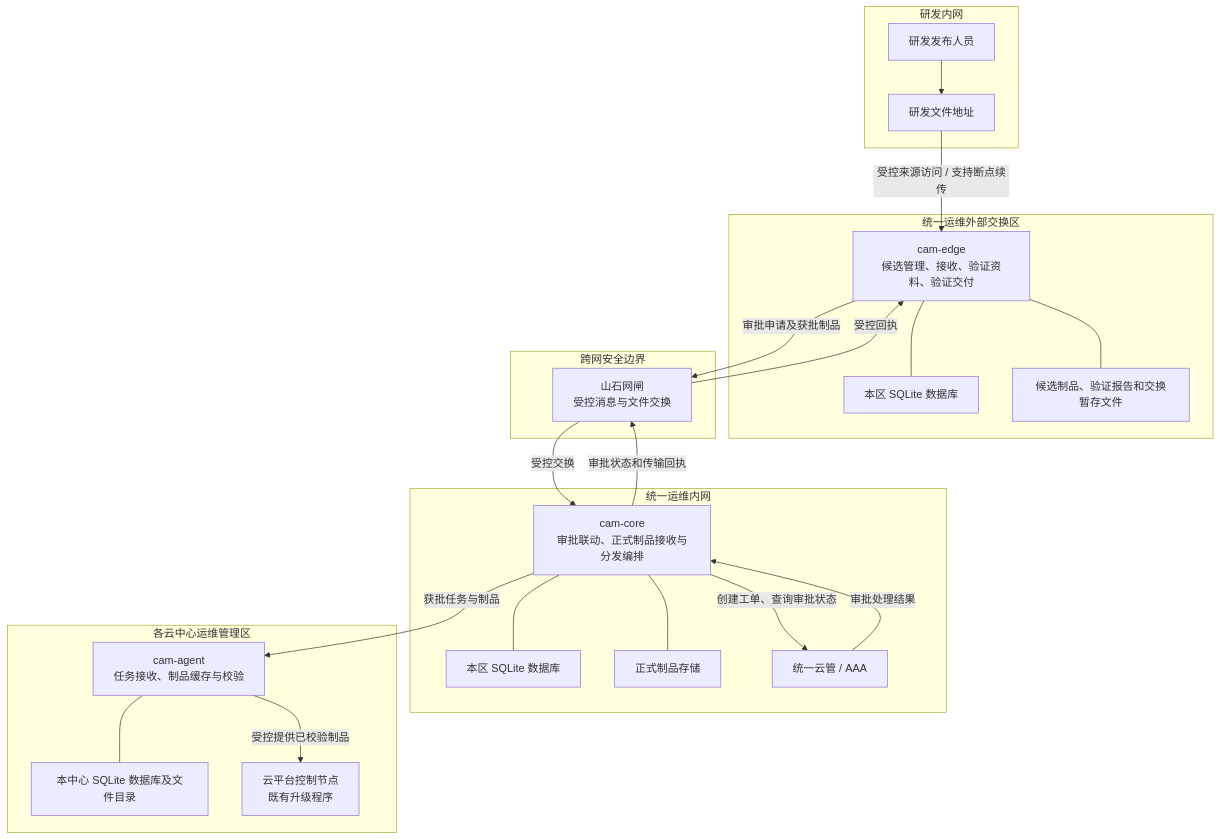
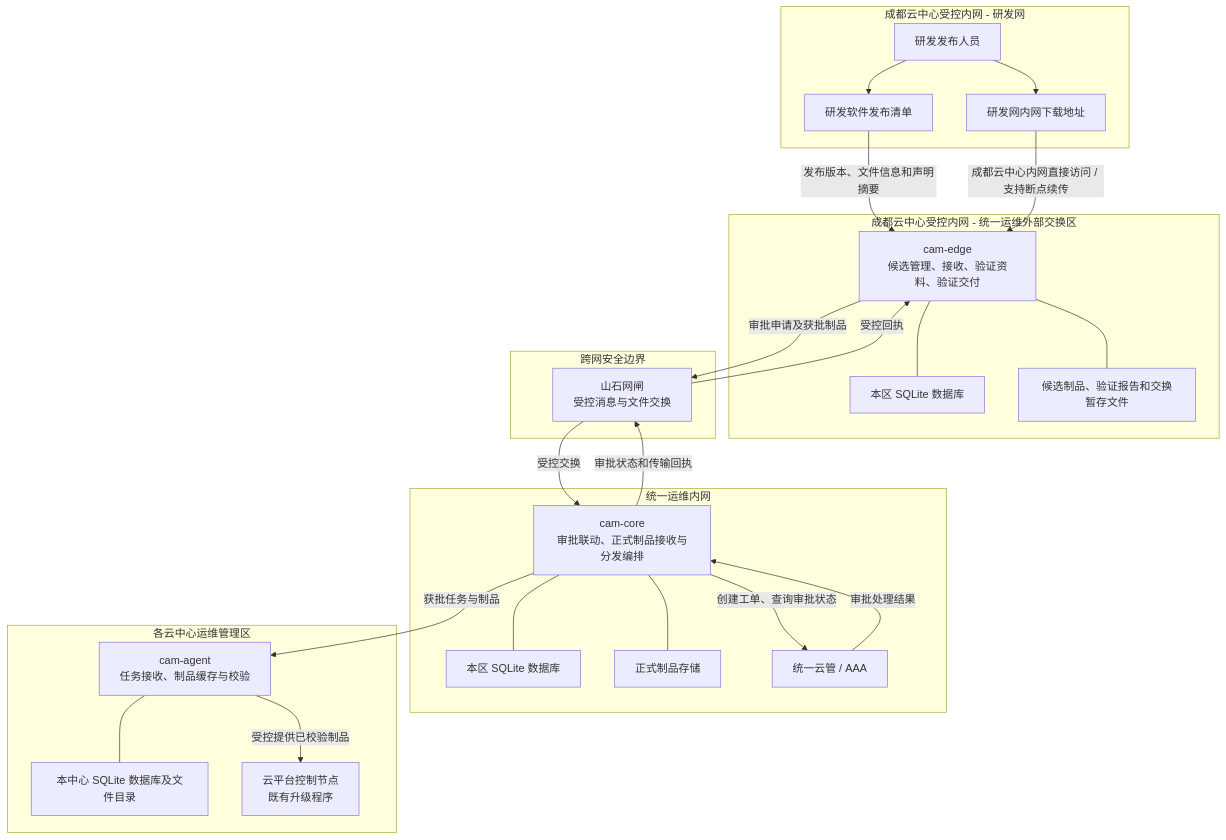
The first of 5 diagrams in docs/assessment-overview.md (dongsweet/cloud-artifact-management), drawn with Mermaid before and after one commit. The commit also changed other lines of this file and 1 other file, not shown here.

````diff
--- a/docs/assessment-overview.md
+++ b/docs/assessment-overview.md
@@ -20,46 +20,49 @@
 ```mermaid
 flowchart TB
-    subgraph DEV[研发内网]
-        SOURCE[研发文件地址]
+    subgraph DEV["成都云中心受控内网 - 研发网"]
+        MANIFEST[研发软件发布清单]
+        SOURCE[研发网内网下载地址]
         TEAM[研发发布人员]
+        TEAM --> MANIFEST
         TEAM --> SOURCE
     end
 
-    subgraph EXT[统一运维外部交换区]
+    subgraph EXT["成都云中心受控内网 - 统一运维外部交换区"]
         EDGE["cam-edge<br/>候选管理、接收、验证资料、验证交付"]
         DBE["本区 SQLite 数据库"]
         FILEE["候选制品、验证报告和交换暂存文件"]
         EDGE --- DBE
         EDGE --- FILEE
     end
 
     subgraph BORDER[跨网安全边界]
         GATE["山石网闸<br/>受控消息与文件交换"]
     end
 
     subgraph INT[统一运维内网]
         CORE["cam-core<br/>审批联动、正式制品接收与分发编排"]
         DBC["本区 SQLite 数据库"]
         REPO["正式制品存储"]
         CLOUD["统一云管 / AAA"]
         CORE --- DBC
         CORE --- REPO
         CORE -->|创建工单、查询审批状态| CLOUD
         CLOUD -->|审批处理结果| CORE
     end
 
     subgraph CENTER[各云中心运维管理区]
         AGENT["cam-agent<br/>任务接收、制品缓存与校验"]
         DBA["本中心 SQLite 数据库及文件目录"]
         NODES["云平台控制节点<br/>既有升级程序"]
         AGENT --- DBA
         AGENT -->|受控提供已校验制品| NODES
     end
 
-    SOURCE -->|受控来源访问 / 支持断点续传| EDGE
+    MANIFEST -->|发布版本、文件信息和声明摘要| EDGE
+    SOURCE -->|成都云中心内网直接访问 / 支持断点续传| EDGE
     EDGE -->|审批申请及获批制品| GATE
     GATE -->|受控交换| CORE
     CORE -->|审批状态和传输回执| GATE
     GATE -->|受控回执| EDGE
     CORE -->|获批任务与制品| AGENT
 ```
````
